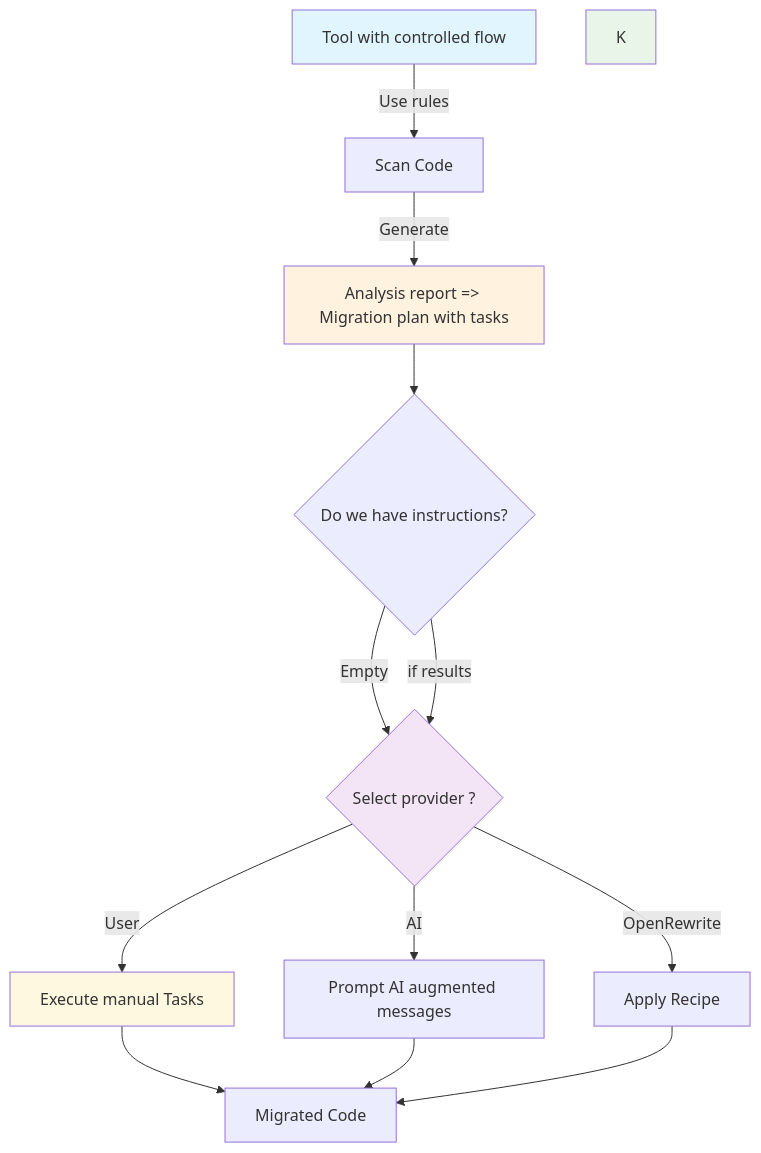
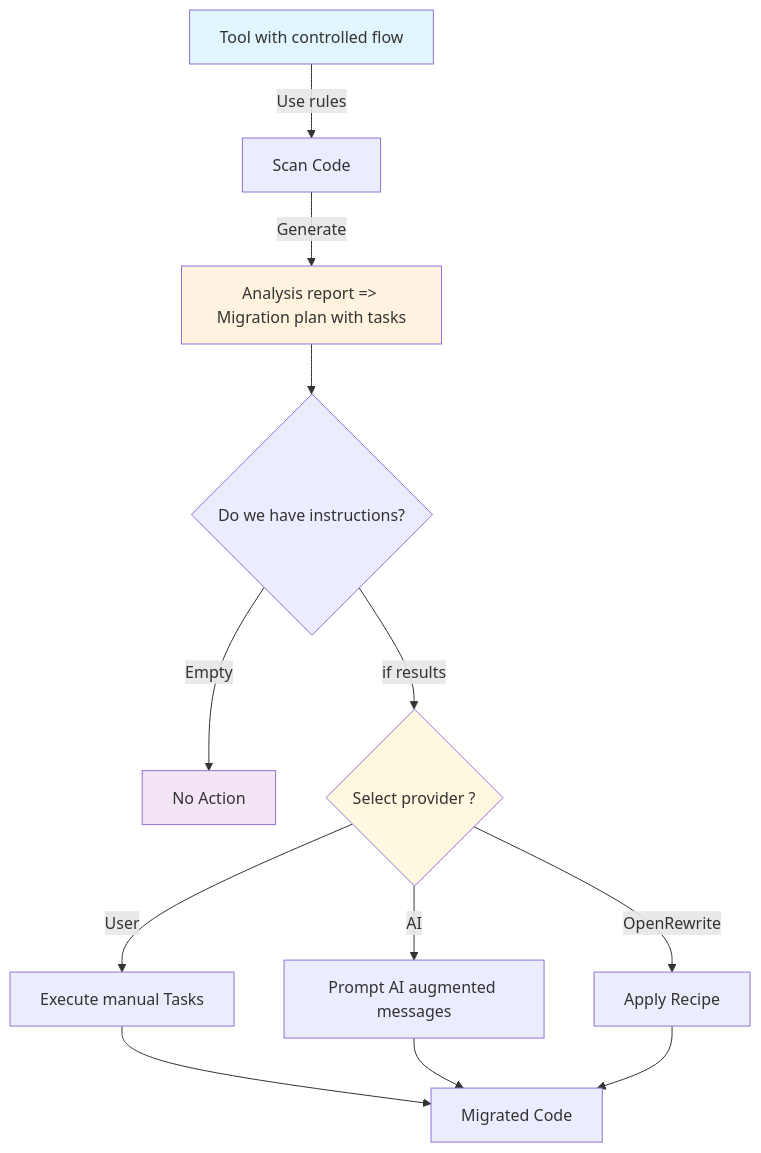
One commit to snowdrop/migration-tool changed the second of 2 diagrams in README.md. Above: the diagram before and after it, drawn with Mermaid.

Commit message:
Review the instructions. 10

````diff
--- a/README.md
+++ b/README.md
@@ -27,20 +27,19 @@
 ```mermaid
 flowchart TD
     A[Tool with controlled flow] --> |Use rules|B[Scan Code]
     B --> |Generate|C[Analysis report => Migration plan with tasks]
     C --> D{Do we have instructions?}
-    D -->|Empty| E[No Action]
-    D -->|if results|E{Select provider ?}
-    E -->|User| F[Execute manual Tasks]
-    E -->|AI| G[Prompt AI augmented messages]
-    E -->|OpenRewrite| H[Apply Recipe]
-    F --> I[Migrated Code]
-    G --> I
-    H --> I
+    D -->|Empty|E[No Action]
+    D -->|if results|F{Select provider ?}
+    F -->|User|G[Execute manual Tasks]
+    F -->|AI|H[Prompt AI augmented messages]
+    F -->|OpenRewrite|I[Apply Recipe]
+    G --> J[Migrated Code]
+    H --> J
+    I --> J
 
     style A fill:#e1f5fe
     style C fill:#fff3e0
     style E fill:#f3e5f5
-    style K fill:#e8f5e8
-    style F fill:#fff8e1
+    style F fill:#fff8e1 
 ```
````
